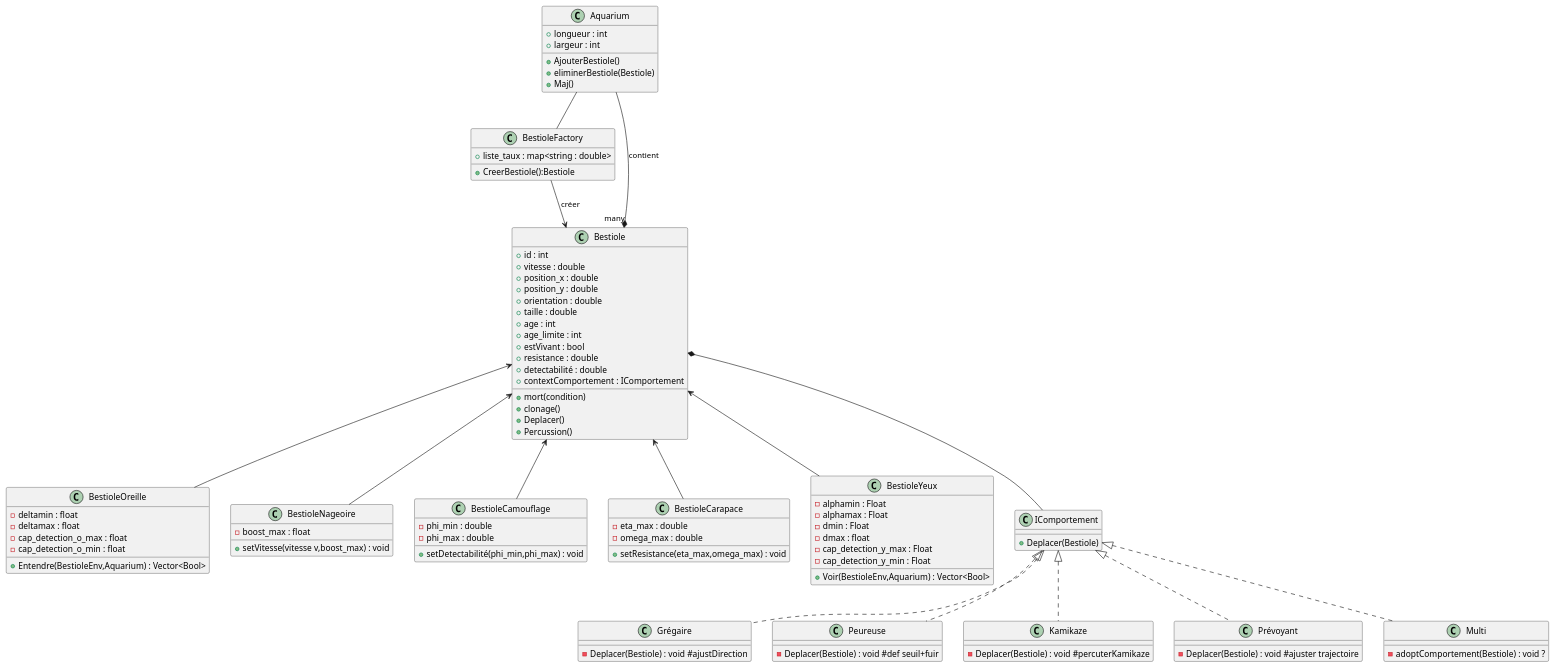
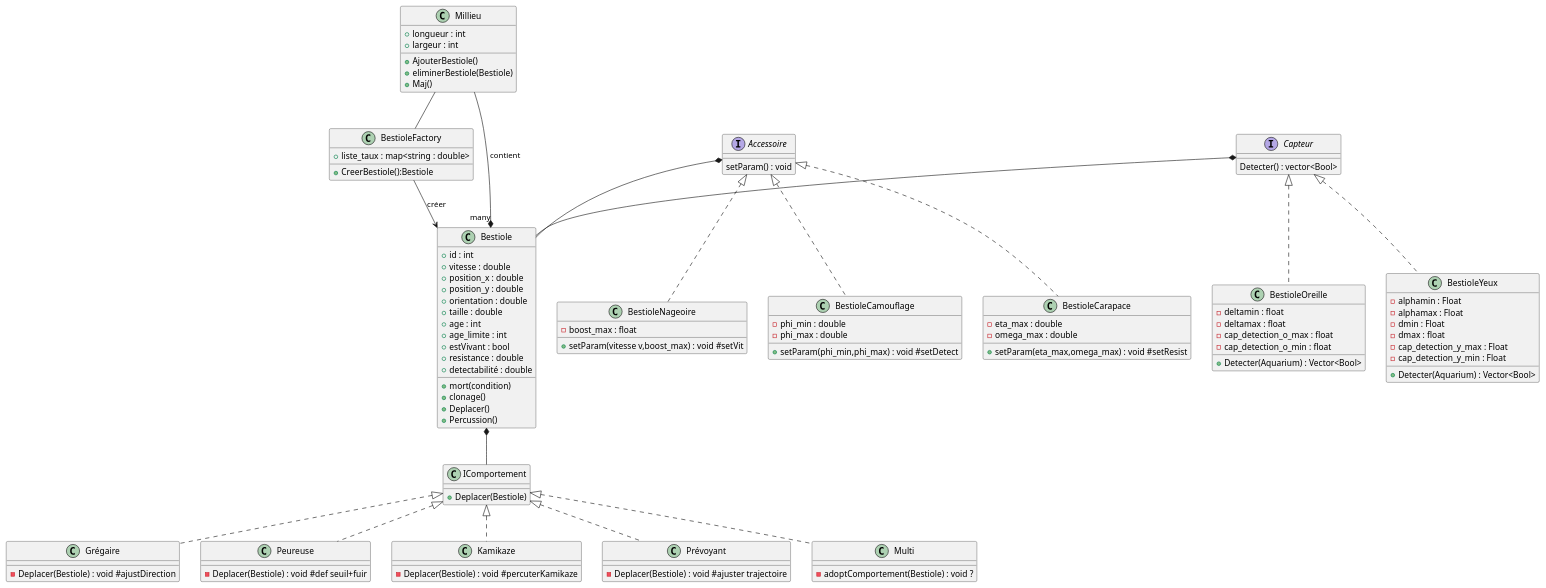
The diagram in diagramme.puml (Faberra57/BE), drawn with PlantUML before and after one commit.

```diff
--- a/diagramme.puml
+++ b/diagramme.puml
@@ -1,120 +1,133 @@
 @startuml dd
 
 class BestioleFactory {
   + liste_taux : map<string : double>
   + CreerBestiole():Bestiole
 }
 
 class Bestiole {
     + id : int
     + vitesse : double
     + position_x : double
     + position_y : double
     + orientation : double
     + taille : double
     + age : int
     + age_limite : int
     + estVivant : bool
     + resistance : double
     + detectabilité : double
     + mort(condition)
     + clonage()
-    + contextComportement : IComportement
     + Deplacer()
     + Percussion()
 }
 
-class Aquarium {
+class Millieu {
  + longueur : int
  + largeur : int
 
  +AjouterBestiole()
  +eliminerBestiole(Bestiole)
  +Maj()
 }
 
 class BestioleOreille {
     - deltamin : float
     - deltamax : float
     - cap_detection_o_max : float
     - cap_detection_o_min : float
-    + Entendre(BestioleEnv,Aquarium) : Vector<Bool> 
+    + Detecter(Aquarium) : Vector<Bool> 
 
 }
 
+Interface Accessoire {
+  setParam() : void
+}
+
+Interface Capteur {
+  Detecter() : vector<Bool>
+}
+
+
 class BestioleNageoire {  
     - boost_max : float
-    + setVitesse(vitesse v,boost_max) : void
+    + setParam(vitesse v,boost_max) : void #setVit
 }
 
 class BestioleCamouflage {
   - phi_min : double
   - phi_max : double
-  + setDetectabilité(phi_min,phi_max) : void
+  + setParam(phi_min,phi_max) : void #setDetect
 }
 
 class BestioleCarapace {
   - eta_max : double
   - omega_max : double
-  + setResistance(eta_max,omega_max) : void
+  + setParam(eta_max,omega_max) : void #setResist
 }
 
 class BestioleYeux {
   - alphamin : Float
   - alphamax : Float
   - dmin : Float
   - dmax : float
   - cap_detection_y_max : Float
   - cap_detection_y_min : Float
-  + Voir(BestioleEnv,Aquarium) : Vector<Bool>
+  + Detecter(Aquarium) : Vector<Bool>
 }
 
 class IComportement {
   + Deplacer(Bestiole)
 }
 
 class Grégaire {
     -Deplacer(Bestiole) : void #ajustDirection
 
 }
 
 class Peureuse{
     -Deplacer(Bestiole) : void #def seuil+fuir
 
 }
 
 class Kamikaze{
     -Deplacer(Bestiole) : void #percuterKamikaze
 }
 
 class Prévoyant{
     -Deplacer(Bestiole) : void #ajuster trajectoire
 
 }
 
 
 class Multi{
     -adoptComportement(Bestiole) : void ?
 }
 
 BestioleFactory --> Bestiole : créer
-Bestiole <-- BestioleOreille
-Bestiole <-- BestioleNageoire
-Bestiole <-- BestioleCamouflage
-Bestiole <-- BestioleCarapace
-Bestiole <-- BestioleYeux
 
+Capteur *-- Bestiole
+Capteur<|..BestioleOreille
+Capteur<|..BestioleYeux
 
 IComportement <|.. Grégaire
 IComportement <|.. Peureuse
 IComportement <|.. Kamikaze
 IComportement <|.. Prévoyant
 IComportement <|.. Multi
 Bestiole *-- IComportement
 
 
-Aquarium --* "many" Bestiole : contient
 
-Aquarium -- BestioleFactory
+Accessoire <|..BestioleNageoire
+Accessoire <|..BestioleCarapace
+Accessoire <|..BestioleCamouflage
+Accessoire *-- Bestiole
+
+
+Millieu --* "many" Bestiole : contient
+
+Millieu -- BestioleFactory
 
 @enduml
```
